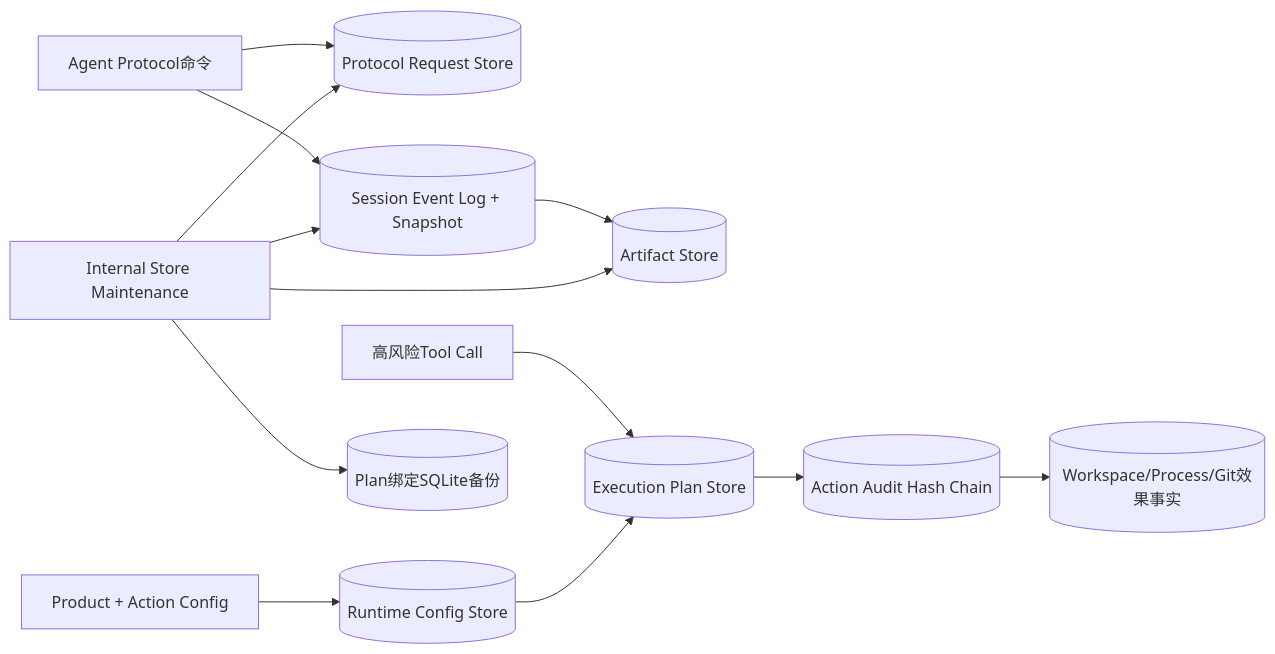
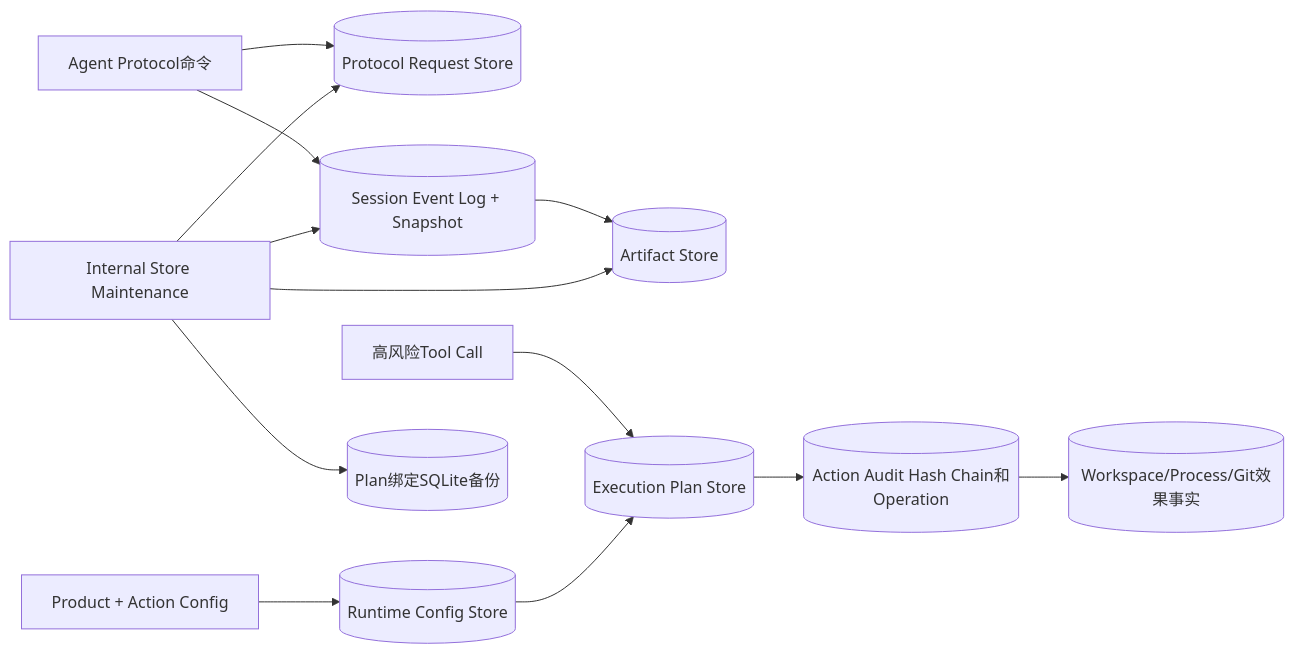
Before and after one commit to carrie1988/Harnessix: the sixth of 7 diagrams in docs/architecture.md, drawn with Mermaid. The commit also changed other lines of this file and 25 other files, not shown here.

````diff
--- a/docs/architecture.md
+++ b/docs/architecture.md
@@ -308,15 +316,15 @@
 ```mermaid
 flowchart LR
     Commands[Agent Protocol命令] --> Requests[(Protocol Request Store)]
     Commands --> Session[(Session Event Log + Snapshot)]
     Session --> Artifacts[(Artifact Store)]
     ToolCall[高风险Tool Call] --> Plan[(Execution Plan Store)]
-    Plan --> Audit[(Action Audit Hash Chain)]
+    Plan --> Audit[(Action Audit Hash Chain和Operation)]
     Audit --> Effects[(Workspace/Process/Git效果事实)]
     Config[Product + Action Config] --> ConfigStore[(Runtime Config Store)]
     ConfigStore --> Plan
     Maintenance[Internal Store Maintenance] --> Session
     Maintenance --> Requests
     Maintenance --> Artifacts
     Maintenance --> Backup[(Plan绑定SQLite备份)]
 ```
````
